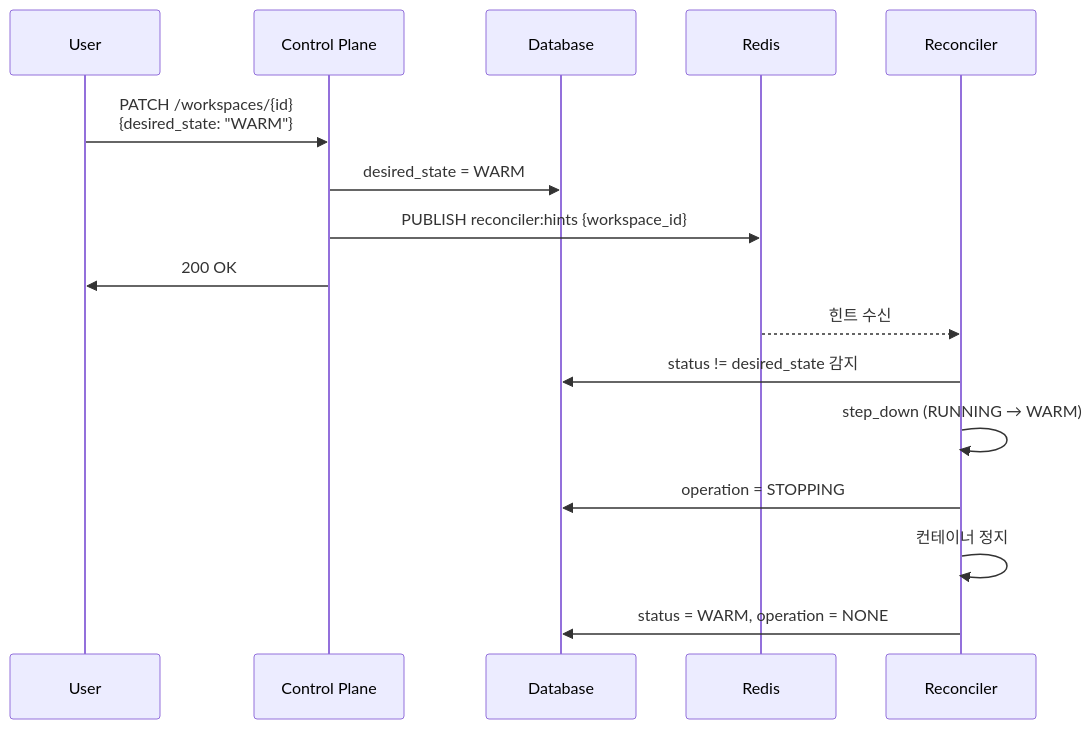
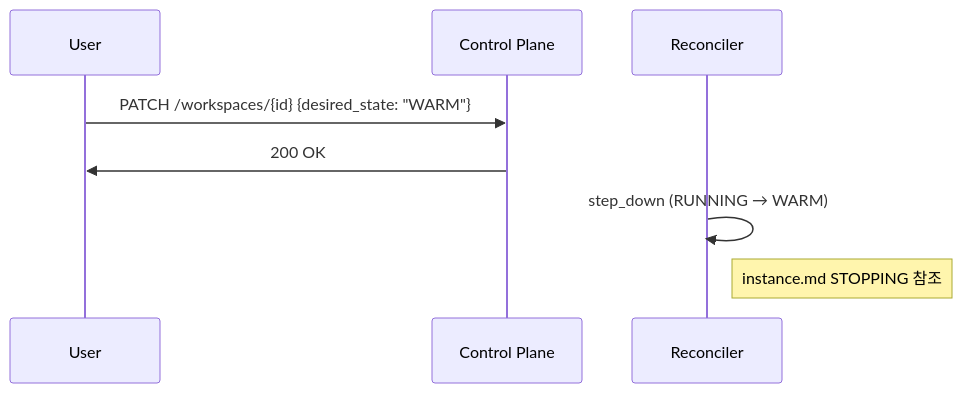
One commit to cagojeiger/code-hub changed the sixth of 9 diagrams in docs/spec_v2/flows.md. Above: the diagram before and after it, drawn with Mermaid. The commit also changed other lines of this file and 6 other files, not shown here.

First line of the commit message:
docs(spec_v2): refactor into layered architecture

````diff
--- a/docs/spec_v2/flows.md
+++ b/docs/spec_v2/flows.md
@@ -213,20 +134,12 @@
 ```mermaid
 sequenceDiagram
     participant U as User
     participant API as Control Plane
-    participant DB as Database
-    participant Redis as Redis
     participant R as Reconciler
 
-    U->>API: PATCH /workspaces/{id}<br/>{desired_state: "WARM"}
-    API->>DB: desired_state = WARM
-    API->>Redis: PUBLISH reconciler:hints {workspace_id}
+    U->>API: PATCH /workspaces/{id} {desired_state: "WARM"}
     API->>U: 200 OK
 
-    Redis-->>R: 힌트 수신
-    R->>DB: status != desired_state 감지
     R->>R: step_down (RUNNING → WARM)
-    R->>DB: operation = STOPPING
-    R->>R: 컨테이너 정지
-    R->>DB: status = WARM, operation = NONE
+    Note right of R: instance.md STOPPING 참조
 ```
````
